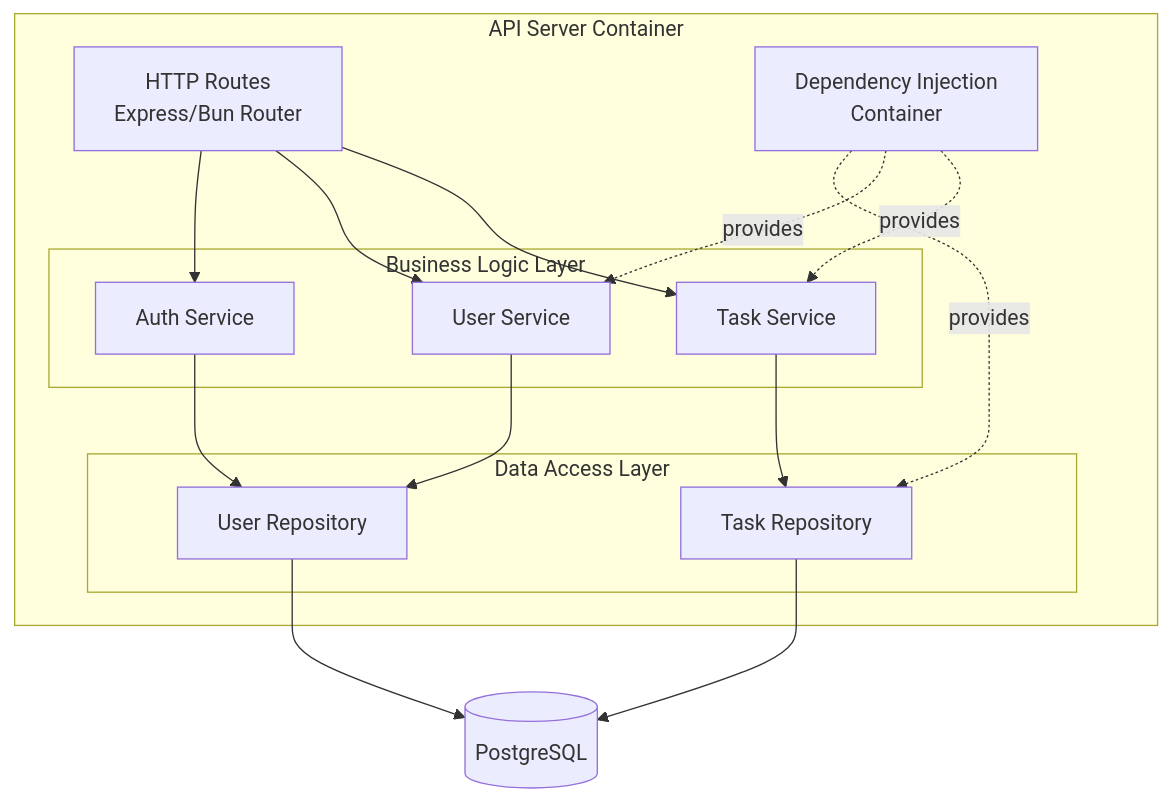
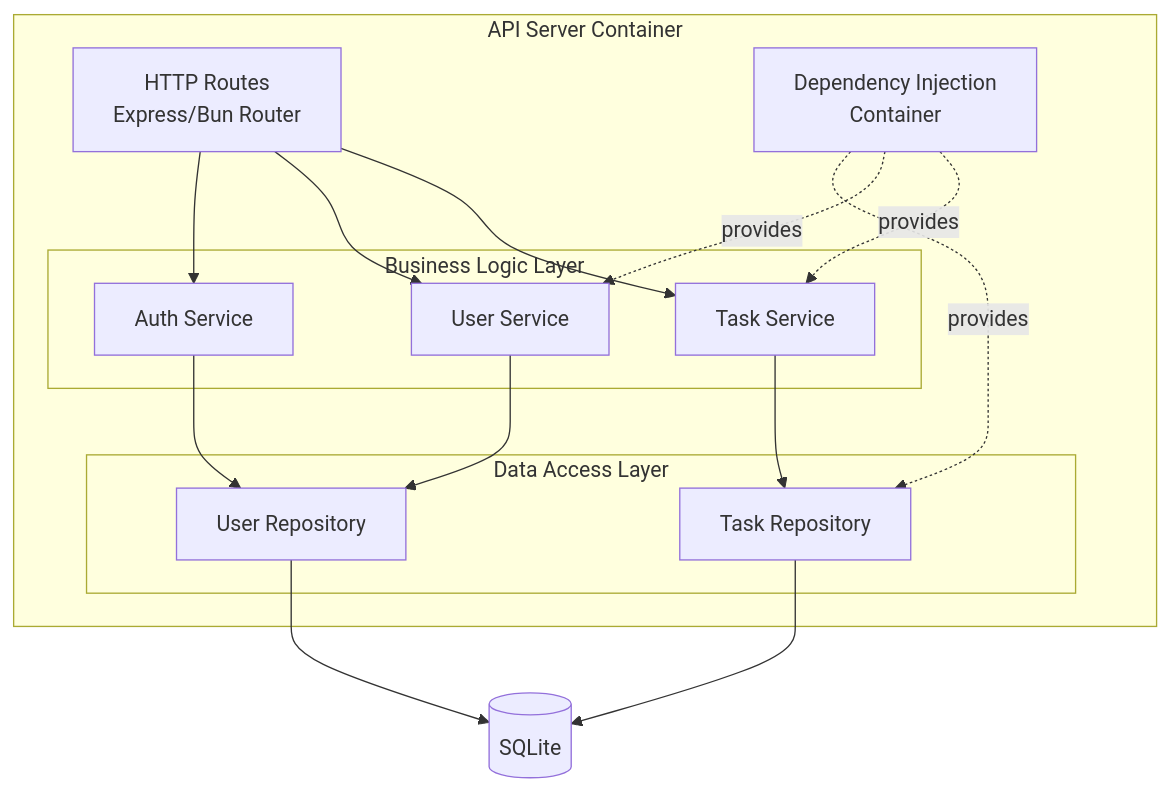
One commit to funkybooboo/alle changed the third of 9 diagrams in docs/devs/standards/diagramming-standards.md. Above: the diagram before and after it, drawn with Mermaid. The commit also changed other lines of this file and 37 other files, not shown here.

````diff
--- a/docs/devs/standards/diagramming-standards.md
+++ b/docs/devs/standards/diagramming-standards.md
@@ -147,36 +147,36 @@
 ```mermaid
 graph TB
     subgraph "API Server Container"
         Routes[HTTP Routes<br/>Express/Bun Router]
 
         subgraph "Business Logic Layer"
             TaskService[Task Service]
             UserService[User Service]
             AuthService[Auth Service]
         end
 
         subgraph "Data Access Layer"
             TaskRepo[Task Repository]
             UserRepo[User Repository]
         end
 
         Container[Dependency Injection<br/>Container]
     end
 
-    DB[(PostgreSQL)]
+    DB[(SQLite)]
 
     Routes --> TaskService
     Routes --> UserService
     Routes --> AuthService
 
     TaskService --> TaskRepo
     UserService --> UserRepo
     AuthService --> UserRepo
 
     TaskRepo --> DB
     UserRepo --> DB
 
     Container -.provides.-> TaskService
     Container -.provides.-> UserService
     Container -.provides.-> TaskRepo
 ```
````
